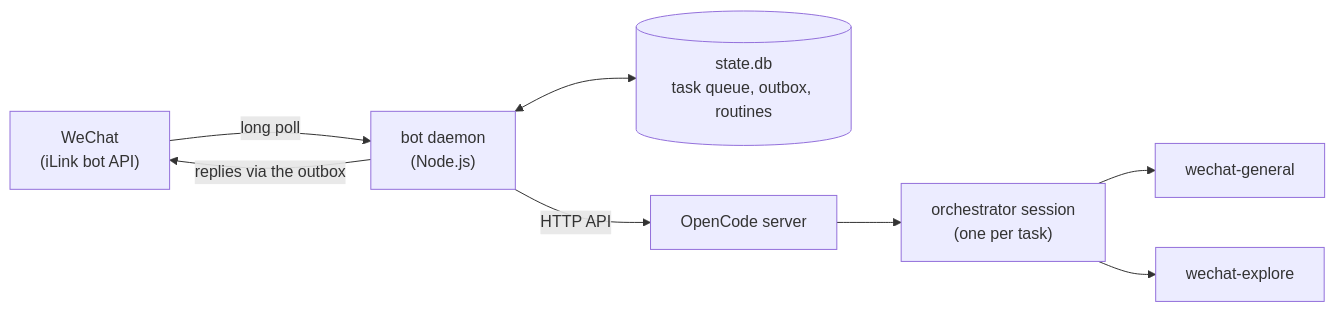
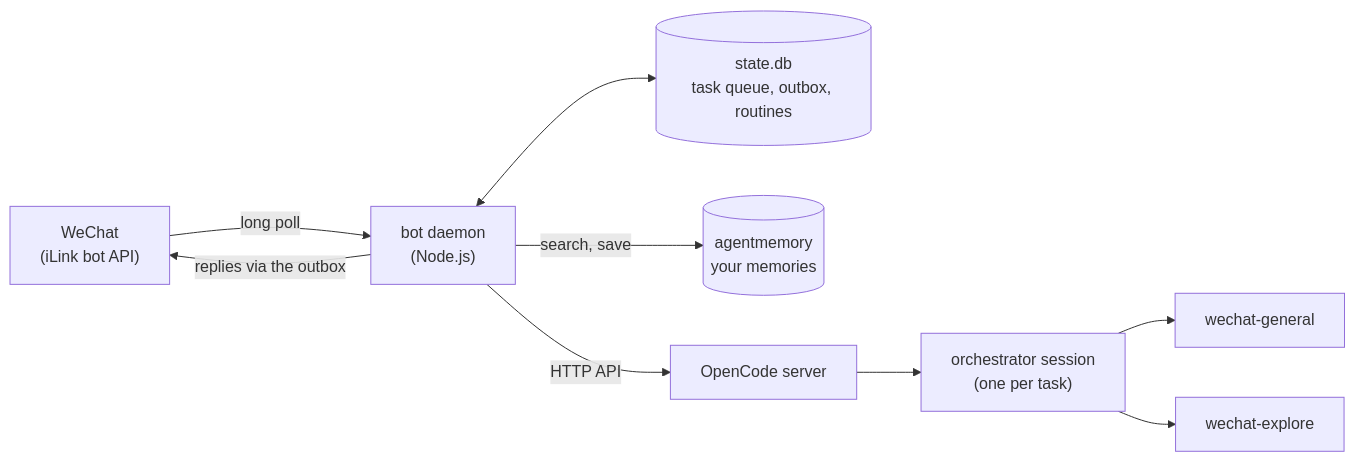
Before and after one commit to BrickerP/wechat-opencode-bot: the diagram in README.md, drawn with Mermaid. The commit also changed other lines of this file and 23 other files, not shown here.

First line of the commit message:
Keep the bot's memory in agentmemory instead of its own files (#8)

````diff
--- a/README.md
+++ b/README.md
@@ -21,10 +21,11 @@
 ```mermaid
 flowchart LR
   wechat["WeChat<br/>(iLink bot API)"] -- "long poll" --> daemon["bot daemon<br/>(Node.js)"]
   daemon <--> db[("state.db<br/>task queue, outbox, routines")]
+  daemon -- "search, save" --> memory[("agentmemory<br/>your memories")]
   daemon -- "HTTP API" --> server["OpenCode server"]
   server --> orch["orchestrator session<br/>(one per task)"]
   orch --> general["wechat-general"]
   orch --> explore["wechat-explore"]
   daemon -- "replies via the outbox" --> wechat
 ```
````
